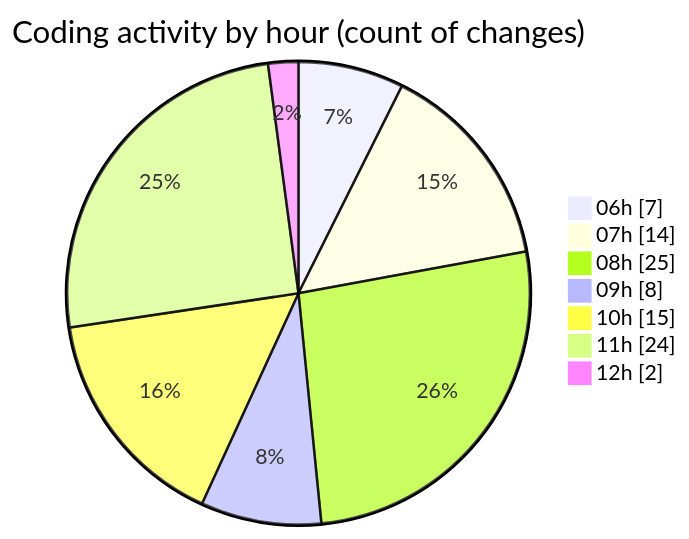
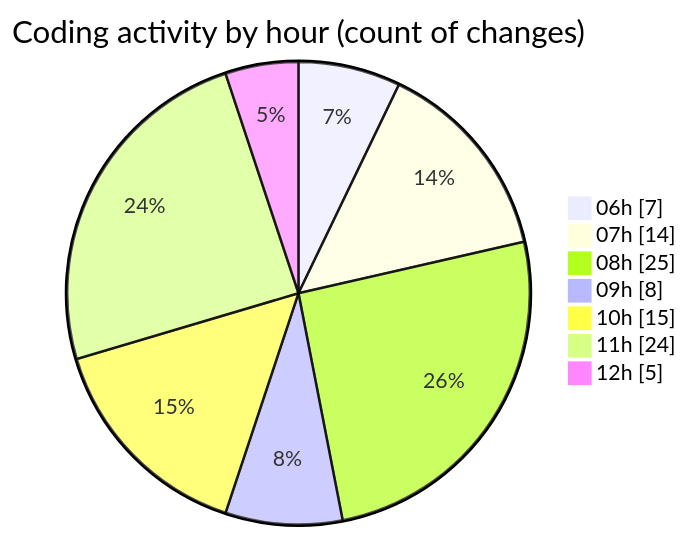
Before and after one commit to vahidmafi/code-tracking: the second of 2 diagrams in 2025-04-18/zeytoon/README.md, drawn with Mermaid. The commit also changed other lines of this file and 1 other file, not shown here.

````diff
--- a/2025-04-18/zeytoon/README.md
+++ b/2025-04-18/zeytoon/README.md
@@ -39,11 +42,11 @@
 ```mermaid
 pie showData
 title Coding activity by hour (count of changes)
 "06h" : 7
 "07h" : 14
 "08h" : 25
 "09h" : 8
 "10h" : 15
 "11h" : 24
-"12h" : 2
+"12h" : 5
 ```
````
